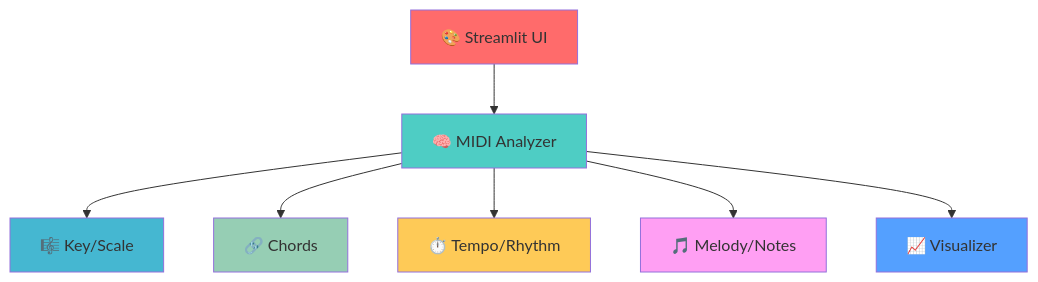
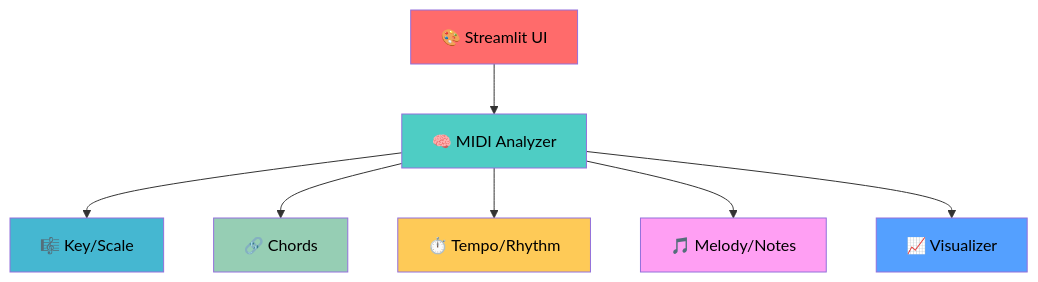
The diagram in README.md (Swaminathan-5/MIDI-Maestro-Interactive-MIDI-Analyzer), drawn with Mermaid before and after one commit.

````diff
--- a/README.md
+++ b/README.md
@@ -97,17 +97,17 @@
 ```mermaid
 graph TB
     A[🎨 Streamlit UI] --> B[🧠 MIDI Analyzer]
     B --> C[🎼 Key/Scale]
     B --> D[🔗 Chords]
     B --> E[⏱️ Tempo/Rhythm]
     B --> F[🎵 Melody/Notes]
     B --> G[📈 Visualizer]
 
-    style A fill:#ff6b6b
-    style B fill:#4ecdc4
-    style C fill:#45b7d1
-    style D fill:#96ceb4
-    style E fill:#feca57
-    style F fill:#ff9ff3
-    style G fill:#54a0ff
+    style A fill:#ff6b6b,color:#000000
+    style B fill:#4ecdc4,color:#000000
+    style C fill:#45b7d1,color:#000000
+    style D fill:#96ceb4,color:#000000
+    style E fill:#feca57,color:#000000
+    style F fill:#ff9ff3,color:#000000
+    style G fill:#54a0ff,color:#000000
 ```
````
